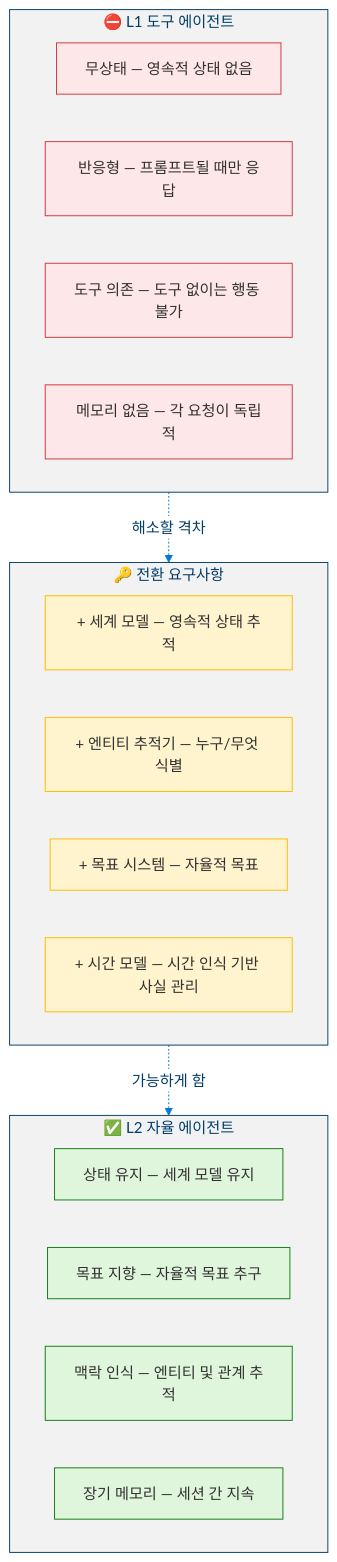
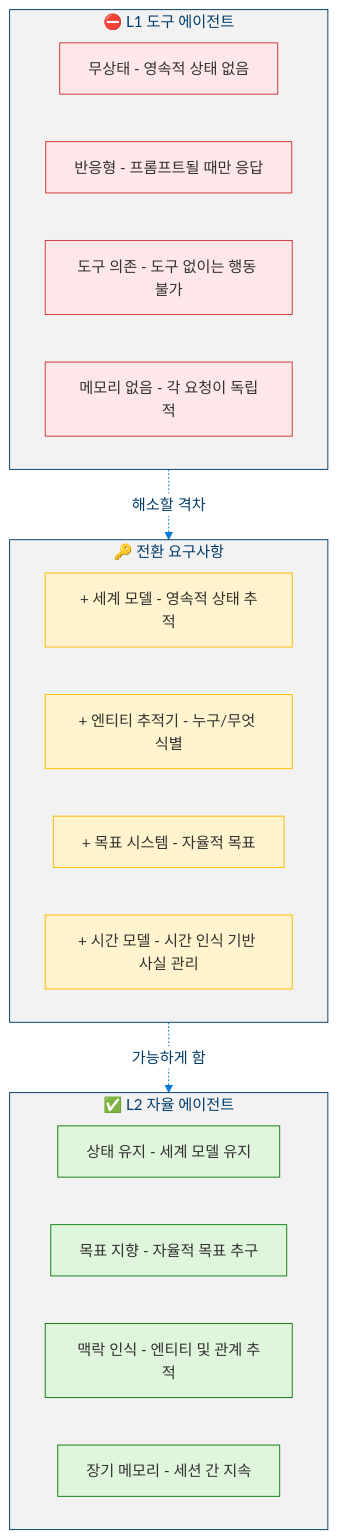
The sixth of 7 diagrams in docs/levels/Level_1_Tool_Agent.ko.md (dotnetpower/mscp), drawn with Mermaid before and after one commit. The commit also changed other lines of this file and 26 other files, not shown here.

````diff
--- a/docs/levels/Level_1_Tool_Agent.ko.md
+++ b/docs/levels/Level_1_Tool_Agent.ko.md
@@ -457,34 +457,34 @@
 ```mermaid
 %%{init: {'theme': 'base', 'themeVariables': {'primaryColor': '#0078D4', 'primaryTextColor': '#003D6B', 'primaryBorderColor': '#003D6B', 'secondaryColor': '#50E6FF', 'secondaryTextColor': '#323130', 'secondaryBorderColor': '#00BCF2', 'tertiaryColor': '#F2F2F2', 'tertiaryTextColor': '#323130', 'lineColor': '#0078D4', 'textColor': '#323130', 'mainBkg': '#DEECF9', 'nodeBorder': '#0078D4', 'clusterBkg': '#F2F2F2', 'clusterBorder': '#003D6B', 'titleColor': '#003D6B', 'edgeLabelBackground': '#FFFFFF', 'fontSize': '16px'}}}%%
 flowchart TB
   classDef danger fill:#D13438,stroke:#A4262C,color:#FFF
   classDef dangerLight fill:#FDE7E9,stroke:#D13438,color:#323130
   classDef warning fill:#FFB900,stroke:#CC9400,color:#323130
   classDef warningLight fill:#FFF4CE,stroke:#FFB900,color:#323130
   classDef success fill:#107C10,stroke:#085108,color:#FFF
   classDef successLight fill:#DFF6DD,stroke:#107C10,color:#323130
 
   subgraph L1["⛔ L1 도구 에이전트"]
-    A1["무상태 — 영속적 상태 없음"]:::dangerLight
-    A2["반응형 — 프롬프트될 때만 응답"]:::dangerLight
-    A3["도구 의존 — 도구 없이는 행동 불가"]:::dangerLight
-    A4["메모리 없음 — 각 요청이 독립적"]:::dangerLight
+    A1["무상태 - 영속적 상태 없음"]:::dangerLight
+    A2["반응형 - 프롬프트될 때만 응답"]:::dangerLight
+    A3["도구 의존 - 도구 없이는 행동 불가"]:::dangerLight
+    A4["메모리 없음 - 각 요청이 독립적"]:::dangerLight
   end
 
   subgraph Gap["🔑 전환 요구사항"]
-    G1["+ 세계 모델 — 영속적 상태 추적"]:::warningLight
-    G2["+ 엔티티 추적기 — 누구/무엇 식별"]:::warningLight
-    G3["+ 목표 시스템 — 자율적 목표"]:::warningLight
-    G4["+ 시간 모델 — 시간 인식 기반 사실 관리"]:::warningLight
+    G1["+ 세계 모델 - 영속적 상태 추적"]:::warningLight
+    G2["+ 엔티티 추적기 - 누구/무엇 식별"]:::warningLight
+    G3["+ 목표 시스템 - 자율적 목표"]:::warningLight
+    G4["+ 시간 모델 - 시간 인식 기반 사실 관리"]:::warningLight
   end
 
   subgraph L2["✅ L2 자율 에이전트"]
-    B1["상태 유지 — 세계 모델 유지"]:::successLight
-    B2["목표 지향 — 자율적 목표 추구"]:::successLight
-    B3["맥락 인식 — 엔티티 및 관계 추적"]:::successLight
-    B4["장기 메모리 — 세션 간 지속"]:::successLight
+    B1["상태 유지 - 세계 모델 유지"]:::successLight
+    B2["목표 지향 - 자율적 목표 추구"]:::successLight
+    B3["맥락 인식 - 엔티티 및 관계 추적"]:::successLight
+    B4["장기 메모리 - 세션 간 지속"]:::successLight
   end
 
   L1 -.->|"해소할 격차"| Gap
   Gap -.->|"가능하게 함"| L2
 ```
````
